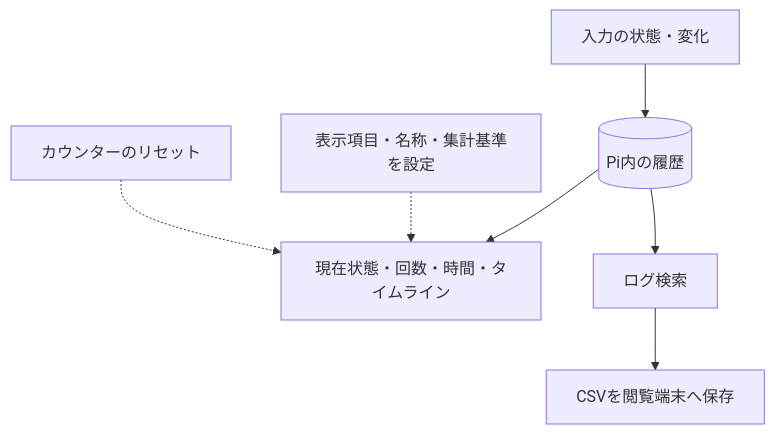
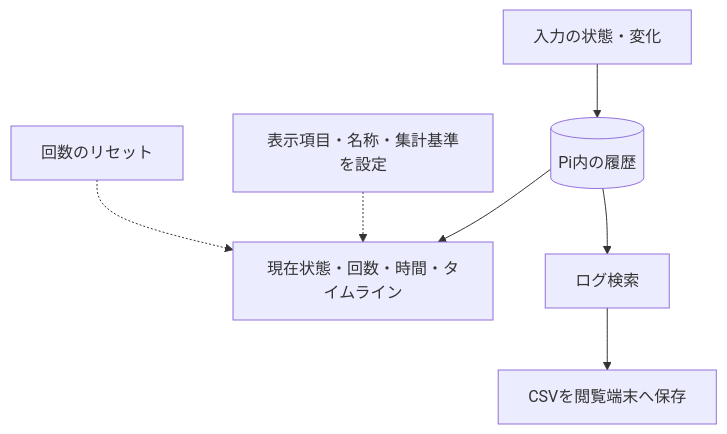
Before and after one commit to raspikoubou/24v-event-logger-oss: the second of 2 diagrams in docs/概要説明書.md, drawn with Mermaid. The commit also changed other lines of this file and 5 other files, not shown here.

````diff
--- a/docs/概要説明書.md
+++ b/docs/概要説明書.md
@@ -95,9 +95,9 @@
 ```mermaid
 flowchart TB
     Input["入力の状態・変化"] --> Record[("Pi内の履歴")]
     Record --> Dashboard["現在状態・回数・時間・タイムライン"]
     Record --> Logs["ログ検索"]
     Logs --> CSV["CSVを閲覧端末へ保存"]
     Settings["表示項目・名称・集計基準を設定"] -.-> Dashboard
-    Reset["カウンターのリセット"] -.-> Dashboard
+    Reset["回数のリセット"] -.-> Dashboard
 ```
````
